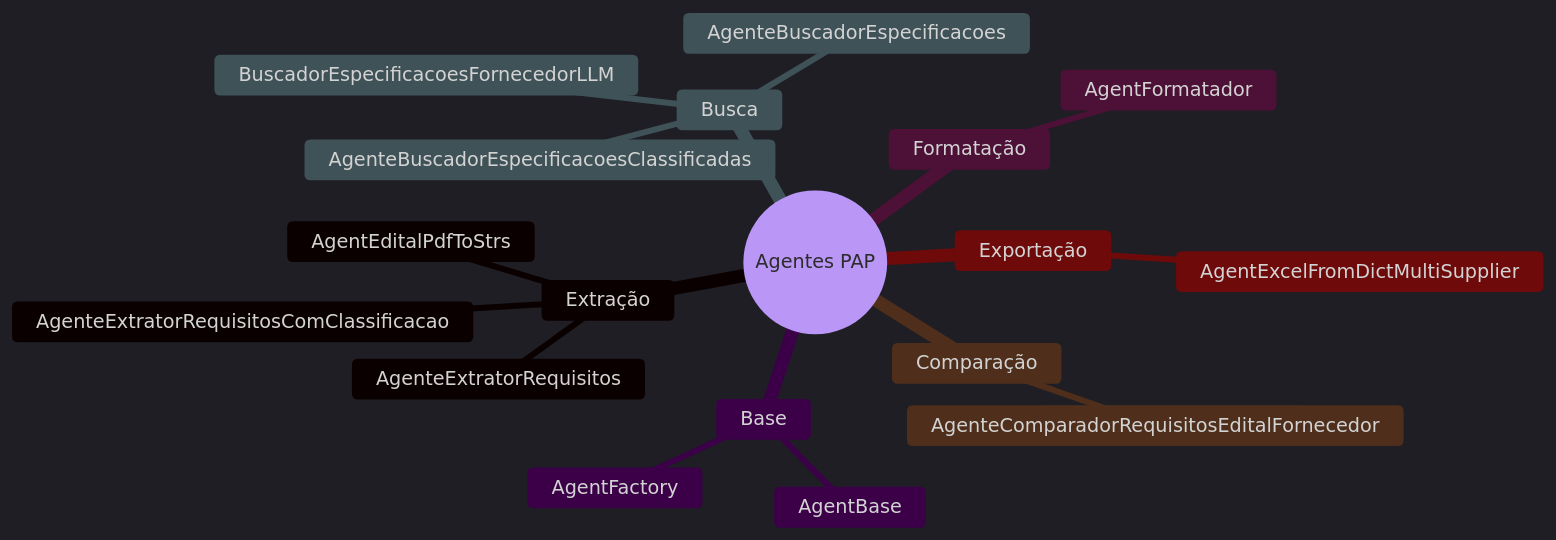
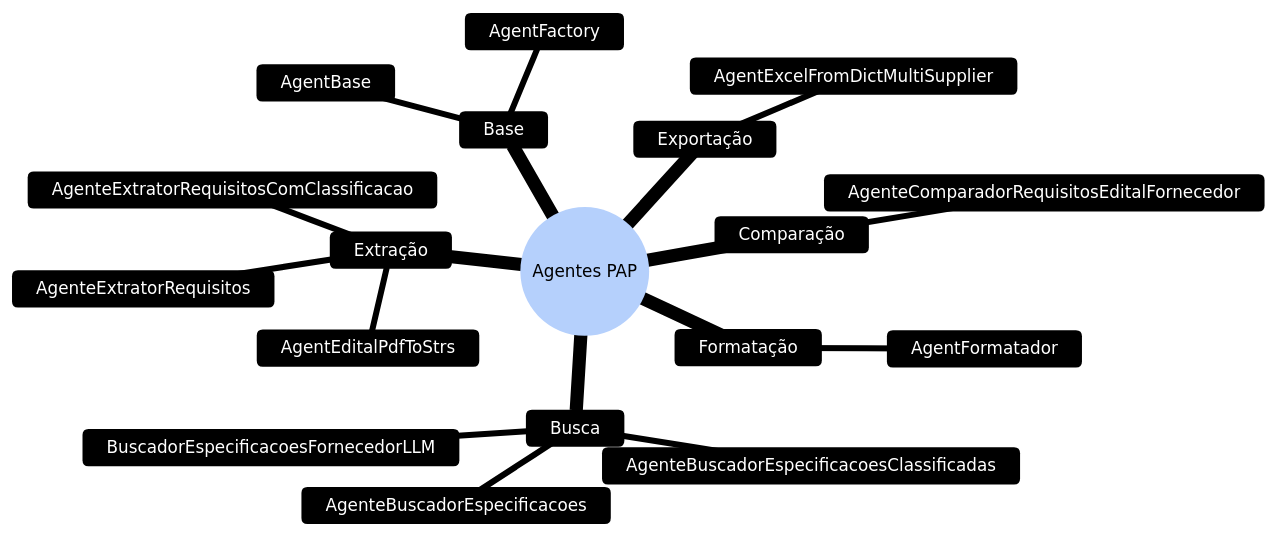
Before and after one commit to ElissonRodrigues/fluxograma: the fourth of 6 diagrams in README.md, drawn with Mermaid.

Commit message:
Update Mermaid diagram theme and logging detail

````diff
--- a/README.md
+++ b/README.md
@@ -118,22 +118,22 @@
 ```mermaid
-%%{init: {"theme": "dark", "themeVariables": {"primaryColor": "#1e40af", "primaryTextColor": "#ffffff", "primaryBorderColor": "#93c5fd", "lineColor": "#60a5fa", "secondaryColor": "#7c3aed", "tertiaryColor": "#059669", "background": "#1f2937", "mainBkg": "#1f2937", "secondBkg": "#374151", "tertiaryBkg": "#4b5563"}}}%%
+%%{init: {"theme": "base", "themeVariables": {"background": "#0f172a", "primaryColor": "#3b82f6", "primaryTextColor": "#ffffff", "primaryBorderColor": "#60a5fa", "lineColor": "#94a3b8", "secondaryColor": "#8b5cf6", "tertiaryColor": "#10b981", "quaternaryColor": "#f59e0b", "fontFamily": "Arial", "fontSize": "14px", "darkMode": true, "pie1": "#3b82f6", "pie2": "#8b5cf6", "pie3": "#10b981", "pie4": "#f59e0b", "pie5": "#ef4444", "pie6": "#06b6d4", "pie7": "#84cc16", "pie8": "#f97316", "pie9": "#ec4899", "pie10": "#6366f1", "pie11": "#14b8a6", "pie12": "#eab308"}}}%%
 mindmap
   root((Agentes PAP))
     Extração
       AgentEditalPdfToStrs
       AgenteExtratorRequisitos
       AgenteExtratorRequisitosComClassificacao
     Formatação
       AgentFormatador
     Busca
       AgenteBuscadorEspecificacoes
       AgenteBuscadorEspecificacoesClassificadas
       BuscadorEspecificacoesFornecedorLLM
     Comparação
       AgenteComparadorRequisitosEditalFornecedor
     Exportação
       AgentExcelFromDictMultiSupplier
     Base
       AgentBase
       AgentFactory
 ```
````
